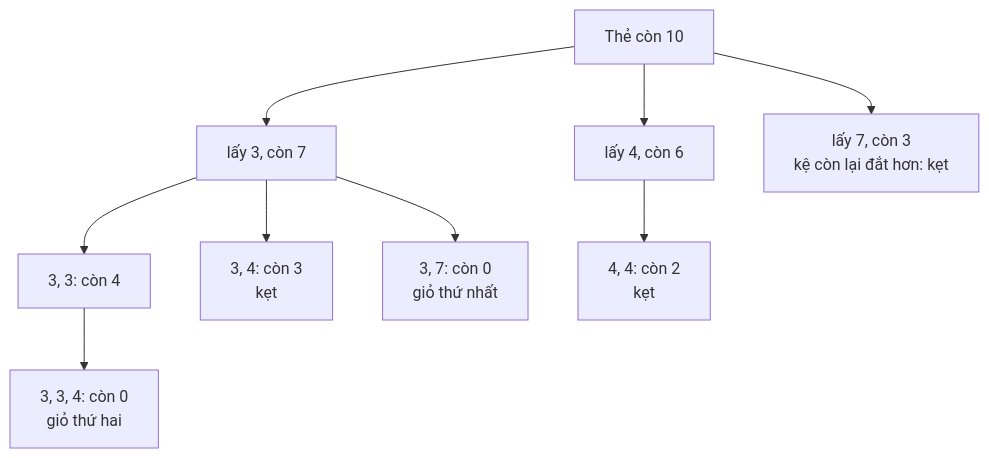
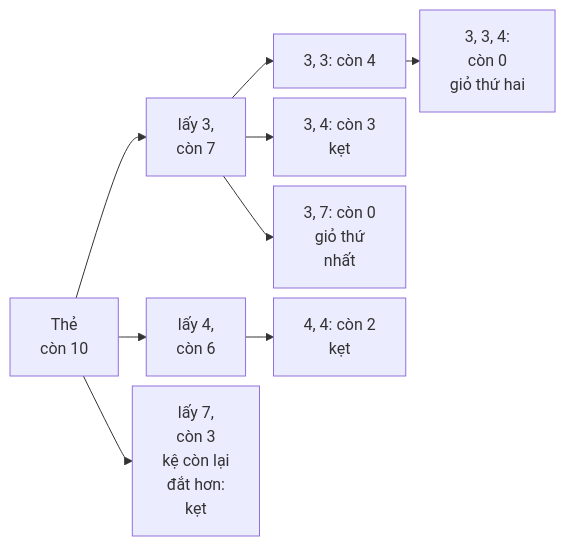
Before and after one commit to duongbui234/software-engineering-atlas: the first of 2 diagrams in content/problems/combination-sum.md, drawn with Mermaid. The commit also changed 134 other files, not shown here.

First line of the commit message:
Fit every Mermaid diagram at 390px without sideways scroll (#56)

````diff
--- a/content/problems/combination-sum.md
+++ b/content/problems/combination-sum.md
@@ -50,20 +50,21 @@
 ```mermaid
-flowchart TB
-  R["Thẻ còn 10"]
-  A["lấy 3, còn 7"]
-  B["lấy 4, còn 6"]
-  C["lấy 7, còn 3<br/>kệ còn lại đắt hơn: kẹt"]
+%%{init: {"flowchart": {"nodeSpacing": 10, "rankSpacing": 14}}}%%
+flowchart LR
+  R["Thẻ<br/>còn 10"]
+  A["lấy 3,<br/>còn 7"]
+  B["lấy 4,<br/>còn 6"]
+  C["lấy 7,<br/>còn 3<br/>kệ còn lại<br/>đắt hơn:<br/>kẹt"]
   A1["3, 3: còn 4"]
   A2["3, 4: còn 3<br/>kẹt"]
-  A3["3, 7: còn 0<br/>giỏ thứ nhất"]
-  A11["3, 3, 4: còn 0<br/>giỏ thứ hai"]
+  A3["3, 7: còn 0<br/>giỏ thứ<br/>nhất"]
+  A11["3, 3, 4:<br/>còn 0<br/>giỏ thứ hai"]
   B1["4, 4: còn 2<br/>kẹt"]
   R --> A
   R --> B
   R --> C
   A --> A1
   A --> A2
   A --> A3
   A1 --> A11
   B --> B1
 ```
````
